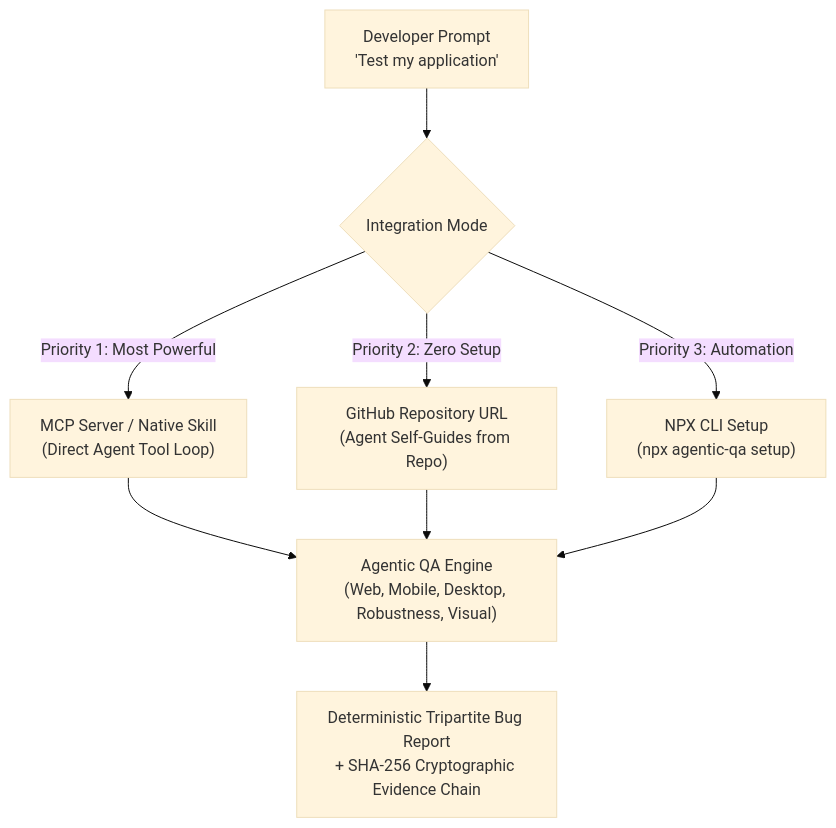
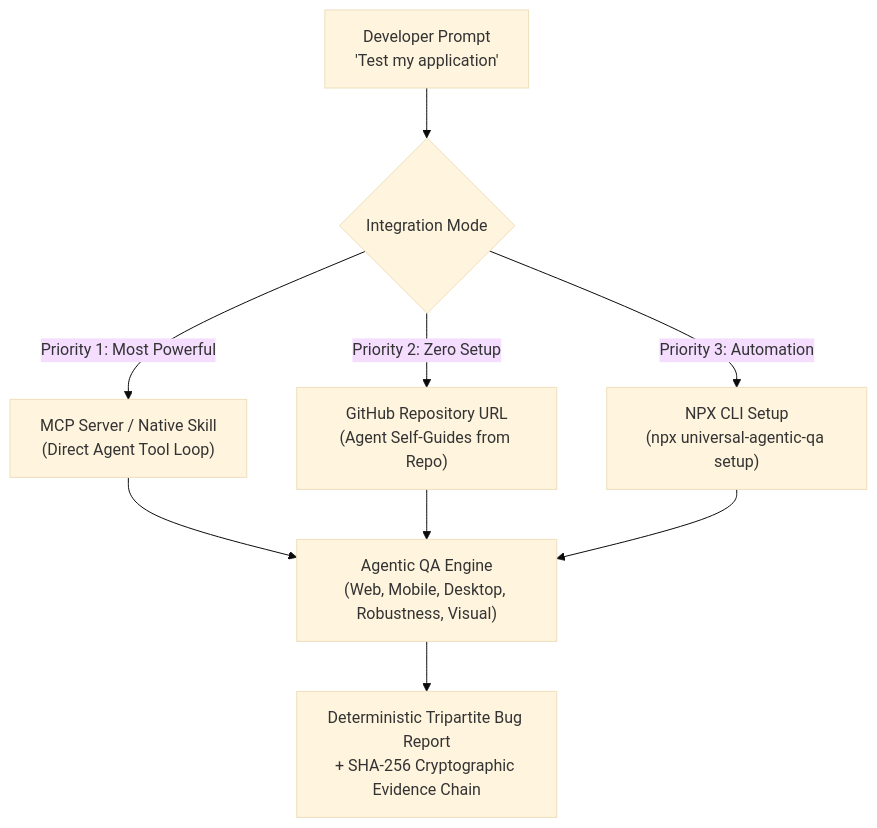
The diagram in README.md (syed-dilawar-engineer/universal-agentic-qa), drawn with Mermaid (base theme) before and after one commit. The commit also changed other lines of this file and 4 other files, not shown here.

Commit message:
feat(repo): rename to universal-agentic-qa and configure standalone npm bundle

````diff
--- a/README.md
+++ b/README.md
@@ -29,13 +29,13 @@
 ```mermaid
 graph TD
     User["Developer Prompt\n'Test my application'"] --> Choice{"Integration Mode"}
     Choice -->|Priority 1: Most Powerful| MCP["MCP Server / Native Skill\n(Direct Agent Tool Loop)"]
     Choice -->|Priority 2: Zero Setup| URL["GitHub Repository URL\n(Agent Self-Guides from Repo)"]
-    Choice -->|Priority 3: Automation| NPX["NPX CLI Setup\n(npx agentic-qa setup)"]
+    Choice -->|Priority 3: Automation| NPX["NPX CLI Setup\n(npx universal-agentic-qa setup)"]
     
     MCP --> Engine["Agentic QA Engine\n(Web, Mobile, Desktop, Robustness, Visual)"]
     URL --> Engine
     NPX --> Engine
     
     Engine --> Report["Deterministic Tripartite Bug Report\n+ SHA-256 Cryptographic Evidence Chain"]
 ```
````
